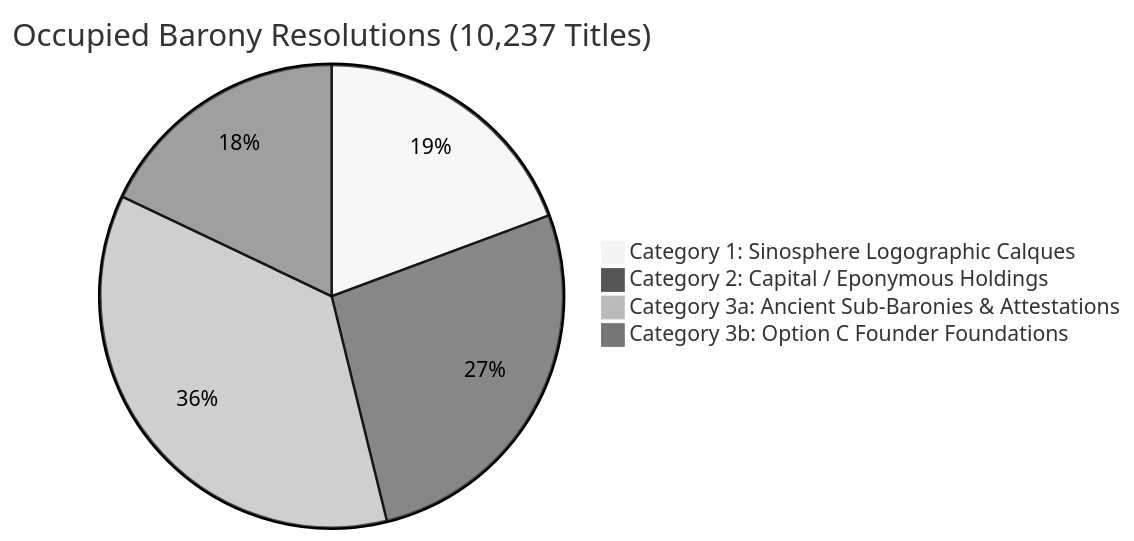
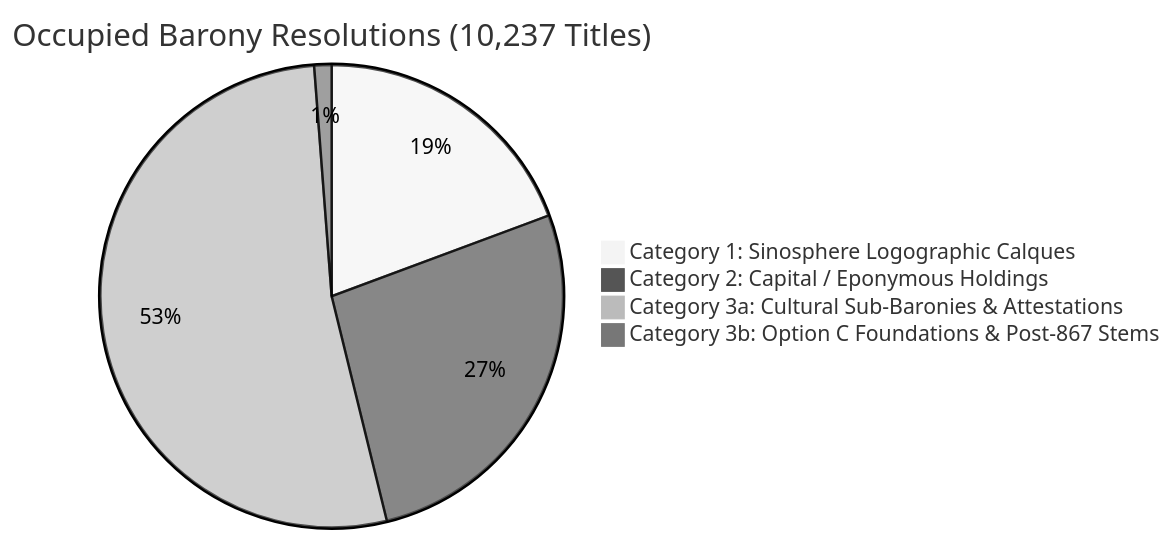
The diagram in barony_historical_audit_and_resolutions.md (skachano/tarraconian_hre), drawn with Mermaid (neutral theme) before and after one commit. The commit also changed other lines of this file and 4 other files, not shown here.

Commit message:
fix(baronies): remove LATE_PATTERNS and restore cultural toponymic continuity

````diff
--- a/barony_historical_audit_and_resolutions.md
+++ b/barony_historical_audit_and_resolutions.md
@@ -38,7 +38,7 @@
 ```mermaid
 pie title Occupied Barony Resolutions (10,237 Titles)
     "Category 1: Sinosphere Logographic Calques" : 1979
     "Category 2: Capital / Eponymous Holdings" : 2747
-    "Category 3a: Ancient Sub-Baronies & Attestations" : 3676
-    "Category 3b: Option C Founder Foundations" : 1835
+    "Category 3a: Cultural Sub-Baronies & Attestations" : 5387
+    "Category 3b: Option C Foundations & Post-867 Stems" : 124
 ```
````
